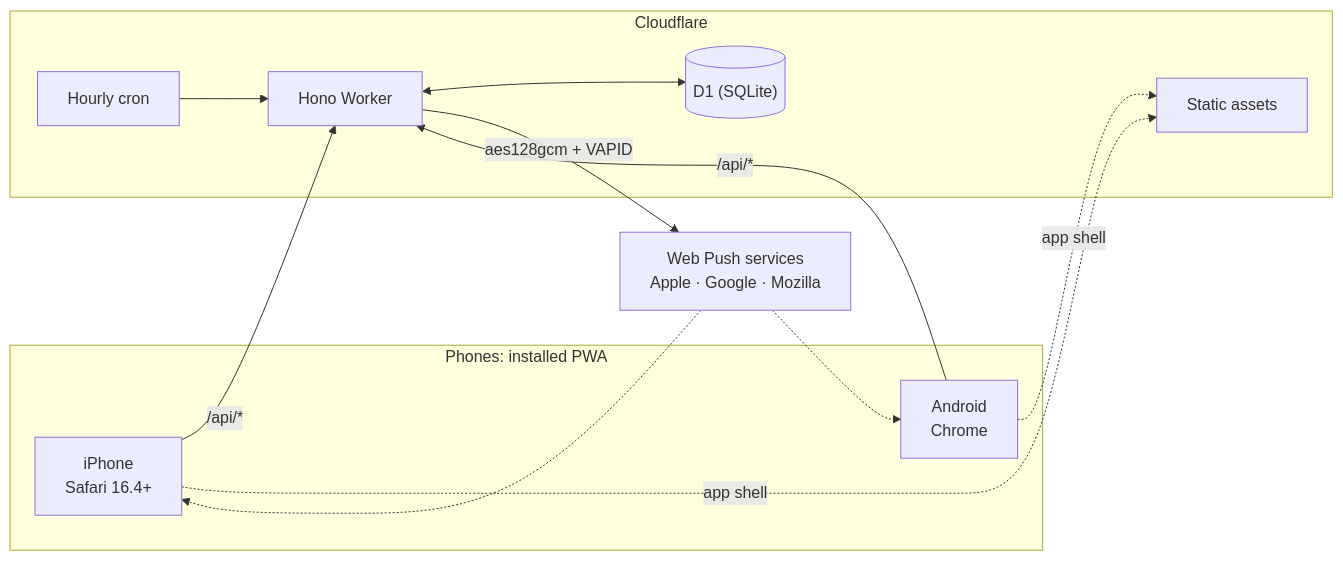
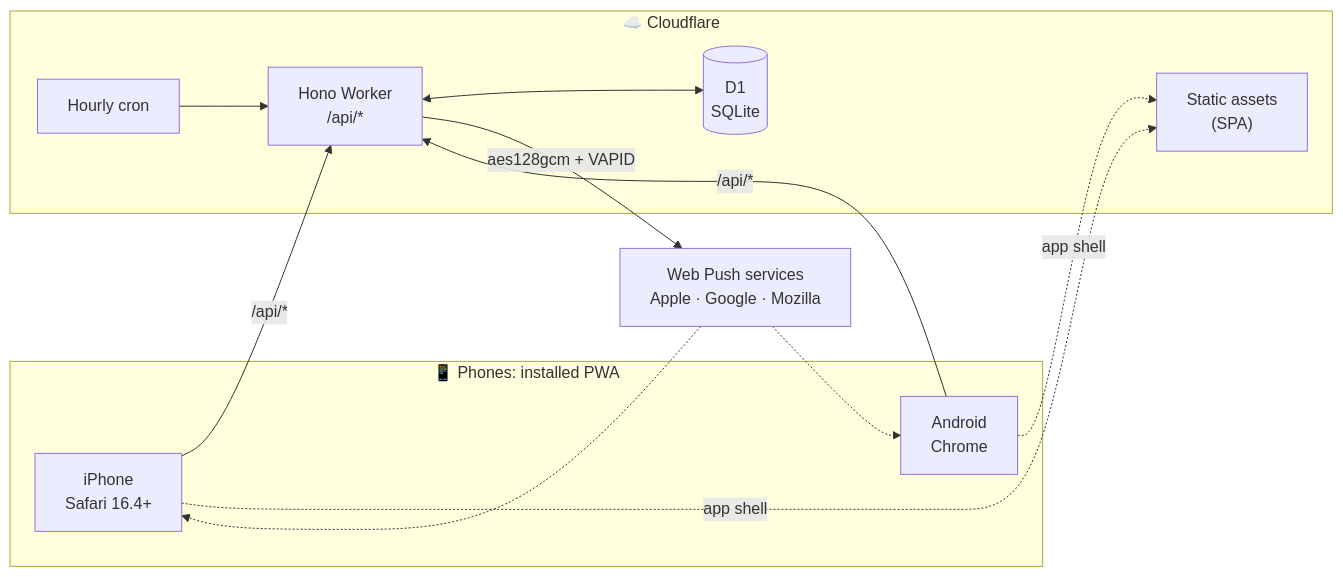
The second of 2 diagrams in README.md (intelQong/Pantry), drawn with Mermaid before and after one commit. The commit also changed other lines of this file, not shown here.

````diff
--- a/README.md
+++ b/README.md
@@ -51,23 +169,23 @@
 ```mermaid
 flowchart LR
-  subgraph phones["Phones: installed PWA"]
+  subgraph phones["📱 Phones: installed PWA"]
     iphone["iPhone<br/>Safari 16.4+"]
     android["Android<br/>Chrome"]
   end
 
-  subgraph cf["Cloudflare"]
-    assets["Static assets"]
-    worker["Hono Worker"]
-    d1[("D1 (SQLite)")]
+  subgraph cf["☁️ Cloudflare"]
+    assets["Static assets<br/>(SPA)"]
+    worker["Hono Worker<br/>/api/*"]
+    d1[("D1<br/>SQLite")]
     cron["Hourly cron"]
   end
 
   push["Web Push services<br/>Apple · Google · Mozilla"]
 
   iphone & android -->|"/api/*"| worker
   iphone & android -.->|"app shell"| assets
   worker <--> d1
   cron --> worker
   worker -->|"aes128gcm + VAPID"| push
   push -.-> iphone & android
 ```
````
